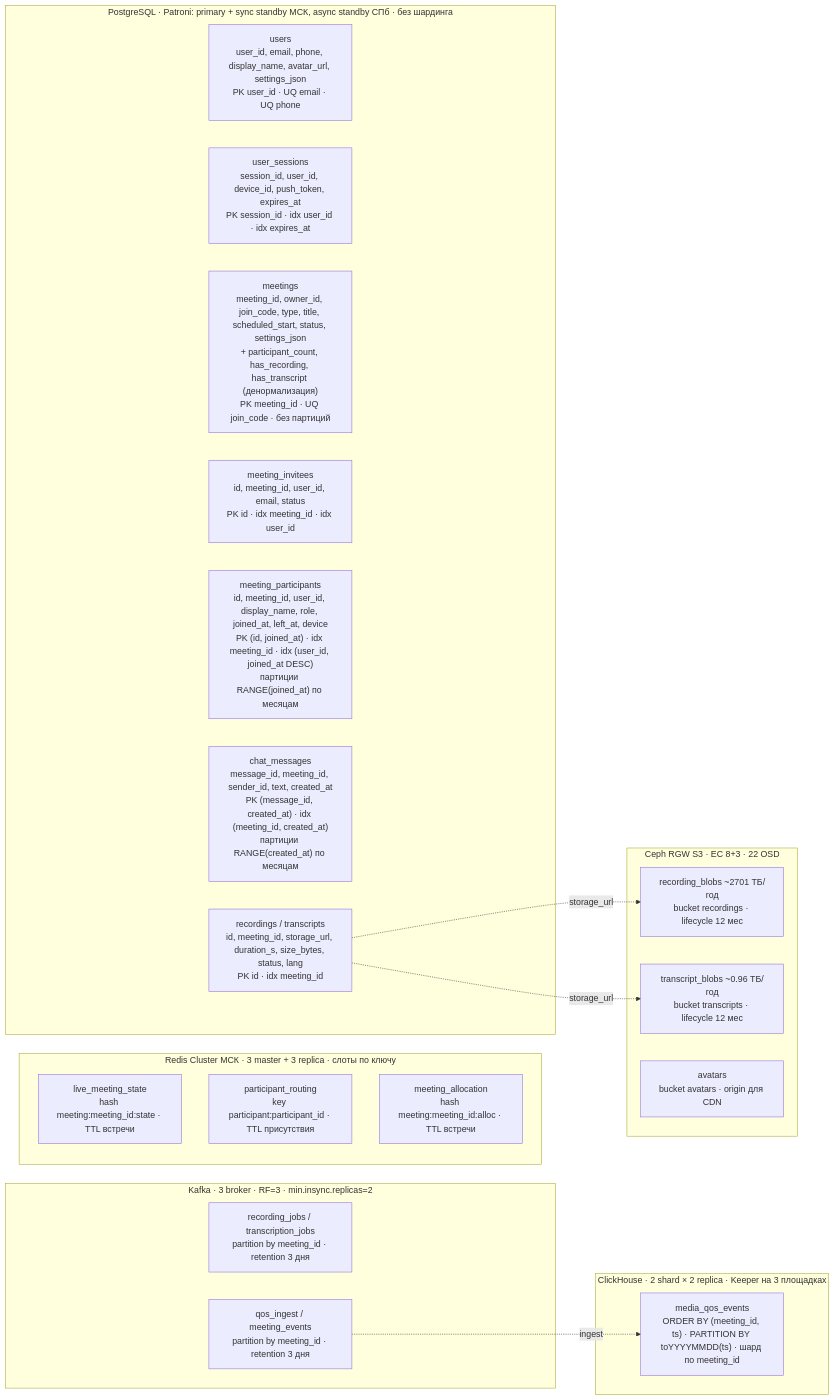
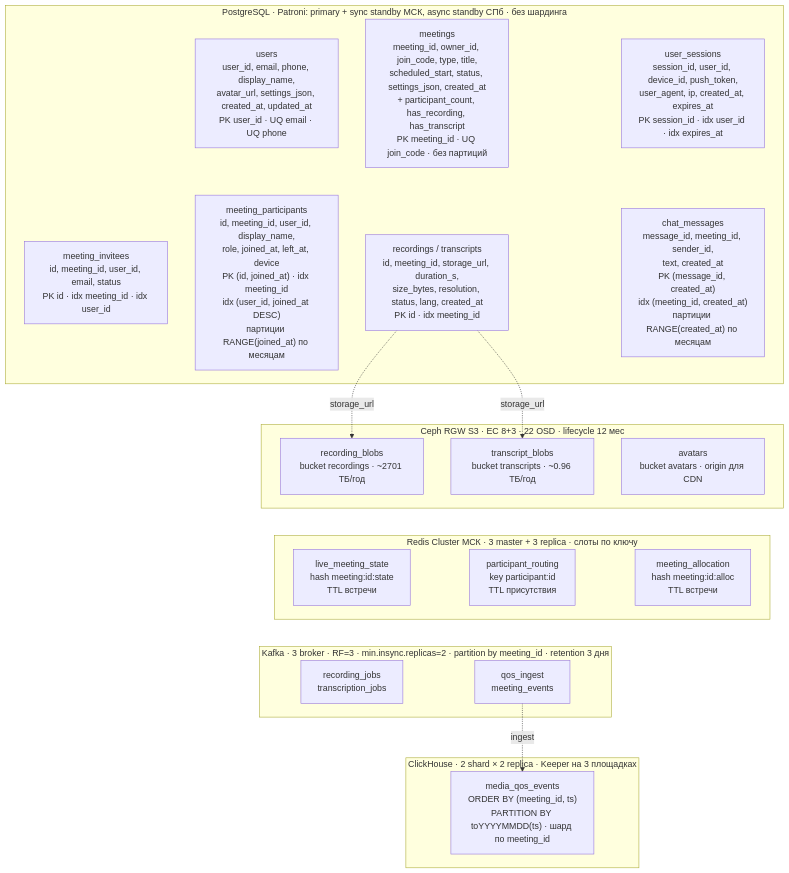
The fourth of 5 diagrams in README.md (armishev/highload_course_project), drawn with Mermaid before and after one commit.

Commit message:
фиксы

````diff
--- a/README.md
+++ b/README.md
@@ -1011,33 +1011,42 @@
 ```mermaid
-flowchart LR
+flowchart TB
     subgraph PG["PostgreSQL · Patroni: primary + sync standby МСК, async standby СПб · без шардинга"]
-        T1["users<br/>user_id, email, phone, display_name, avatar_url, settings_json<br/>PK user_id · UQ email · UQ phone"]
-        T2["user_sessions<br/>session_id, user_id, device_id, push_token, expires_at<br/>PK session_id · idx user_id · idx expires_at"]
-        T3["meetings<br/>meeting_id, owner_id, join_code, type, title, scheduled_start, status, settings_json<br/>+ participant_count, has_recording, has_transcript (денормализация)<br/>PK meeting_id · UQ join_code · без партиций"]
+        T1["users<br/>user_id, email, phone, display_name,<br/>avatar_url, settings_json, created_at, updated_at<br/>PK user_id · UQ email · UQ phone"]
+        T2["user_sessions<br/>session_id, user_id, device_id, push_token,<br/>user_agent, ip, created_at, expires_at<br/>PK session_id · idx user_id · idx expires_at"]
+        T3["meetings<br/>meeting_id, owner_id, join_code, type, title,<br/>scheduled_start, status, settings_json, created_at<br/>+ participant_count, has_recording, has_transcript<br/>PK meeting_id · UQ join_code · без партиций"]
         T4["meeting_invitees<br/>id, meeting_id, user_id, email, status<br/>PK id · idx meeting_id · idx user_id"]
-        T5["meeting_participants<br/>id, meeting_id, user_id, display_name, role, joined_at, left_at, device<br/>PK (id, joined_at) · idx meeting_id · idx (user_id, joined_at DESC)<br/>партиции RANGE(joined_at) по месяцам"]
-        T6["chat_messages<br/>message_id, meeting_id, sender_id, text, created_at<br/>PK (message_id, created_at) · idx (meeting_id, created_at)<br/>партиции RANGE(created_at) по месяцам"]
-        T7["recordings / transcripts<br/>id, meeting_id, storage_url, duration_s, size_bytes, status, lang<br/>PK id · idx meeting_id"]
+        T5["meeting_participants<br/>id, meeting_id, user_id, display_name,<br/>role, joined_at, left_at, device<br/>PK (id, joined_at) · idx meeting_id<br/>idx (user_id, joined_at DESC)<br/>партиции RANGE(joined_at) по месяцам"]
+        T6["chat_messages<br/>message_id, meeting_id, sender_id,<br/>text, created_at<br/>PK (message_id, created_at)<br/>idx (meeting_id, created_at)<br/>партиции RANGE(created_at) по месяцам"]
+        T7["recordings / transcripts<br/>id, meeting_id, storage_url, duration_s,<br/>size_bytes, resolution, status, lang, created_at<br/>PK id · idx meeting_id"]
+        T1 ~~~ T5
+        T2 ~~~ T6
+        T3 ~~~ T7
+    end
+    subgraph OS["Ceph RGW S3 · EC 8+3 · 22 OSD · lifecycle 12 мес"]
+        O1["recording_blobs<br/>bucket recordings · ~2701 ТБ/год"]
+        O2["transcript_blobs<br/>bucket transcripts · ~0.96 ТБ/год"]
+        O3["avatars<br/>bucket avatars · origin для CDN"]
     end
     subgraph RD["Redis Cluster МСК · 3 master + 3 replica · слоты по ключу"]
-        R1["live_meeting_state<br/>hash meeting:meeting_id:state · TTL встречи"]
-        R2["participant_routing<br/>key participant:participant_id · TTL присутствия"]
-        R3["meeting_allocation<br/>hash meeting:meeting_id:alloc · TTL встречи"]
+        R1["live_meeting_state<br/>hash meeting:id:state<br/>TTL встречи"]
+        R2["participant_routing<br/>key participant:id<br/>TTL присутствия"]
+        R3["meeting_allocation<br/>hash meeting:id:alloc<br/>TTL встречи"]
+    end
+    subgraph KF["Kafka · 3 broker · RF=3 · min.insync.replicas=2 · partition by meeting_id · retention 3 дня"]
+        K1["recording_jobs<br/>transcription_jobs"]
+        K2["qos_ingest<br/>meeting_events"]
     end
     subgraph CH["ClickHouse · 2 shard × 2 replica · Keeper на 3 площадках"]
-        C1["media_qos_events<br/>ORDER BY (meeting_id, ts) · PARTITION BY toYYYYMMDD(ts) · шард по meeting_id"]
-    end
-    subgraph OS["Ceph RGW S3 · EC 8+3 · 22 OSD"]
-        O1["recording_blobs ~2701 ТБ/год<br/>bucket recordings · lifecycle 12 мес"]
-        O2["transcript_blobs ~0.96 ТБ/год<br/>bucket transcripts · lifecycle 12 мес"]
-        O3["avatars<br/>bucket avatars · origin для CDN"]
-    end
-    subgraph KF["Kafka · 3 broker · RF=3 · min.insync.replicas=2"]
-        K1["recording_jobs / transcription_jobs<br/>partition by meeting_id · retention 3 дня"]
-        K2["qos_ingest / meeting_events<br/>partition by meeting_id · retention 3 дня"]
+        C1["media_qos_events<br/>ORDER BY (meeting_id, ts)<br/>PARTITION BY toYYYYMMDD(ts) · шард по meeting_id"]
     end
 
     T7 -. "storage_url" .-> O1
     T7 -. "storage_url" .-> O2
+    T6 ~~~ O3
+    O1 ~~~ R1
+    O2 ~~~ R2
+    O3 ~~~ R3
+    R1 ~~~ K1
+    R2 ~~~ K2
     K2 -. "ingest" .-> C1
 ```
````
